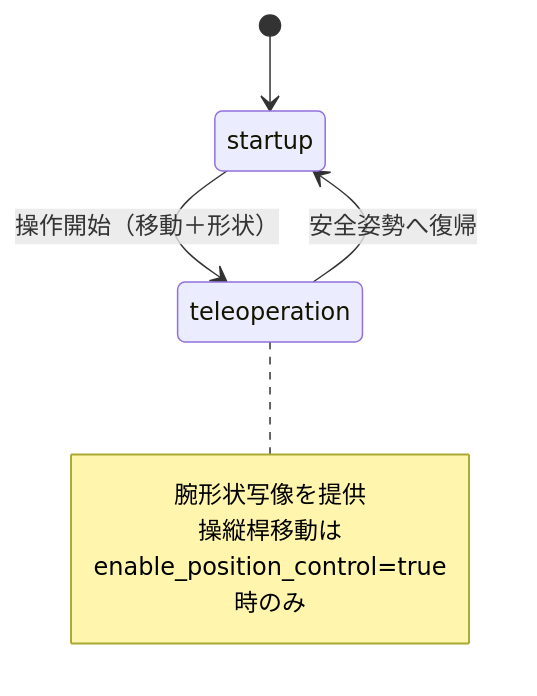
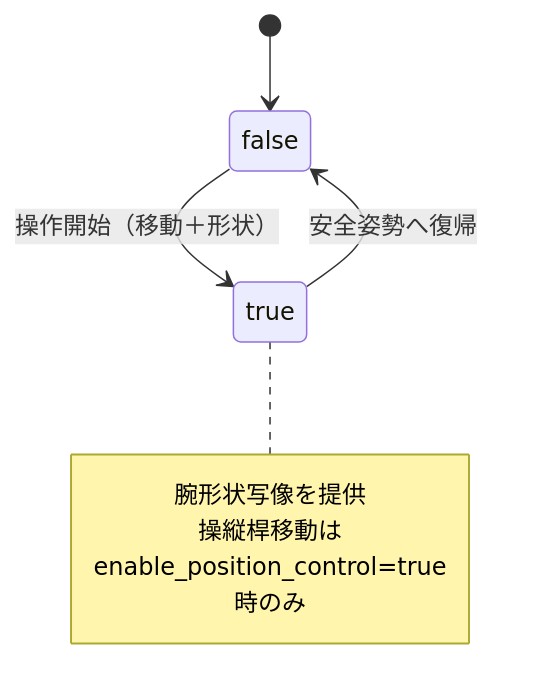
The third of 6 diagrams in robots/dracomancer/README.md (Tomoya-Oku/jsk_aerial_robot), drawn with Mermaid before and after one commit. The commit also changed other lines of this file and 11 other files, not shown here.

````diff
--- a/robots/dracomancer/README.md
+++ b/robots/dracomancer/README.md
@@ -108,10 +108,12 @@
 ```mermaid
 stateDiagram-v2
-    [*] --> startup
-    startup --> teleoperation: 操作開始（移動＋形状）
-    teleoperation --> startup: 安全姿勢へ復帰
-    note right of teleoperation
+    state "false" as off
+    state "true" as on
+    [*] --> off
+    off --> on: 操作開始（移動＋形状）
+    on --> off: 安全姿勢へ復帰
+    note right of on
       腕形状写像を提供
       操縦桿移動はenable_position_control=true時のみ
     end note
 ```
````
